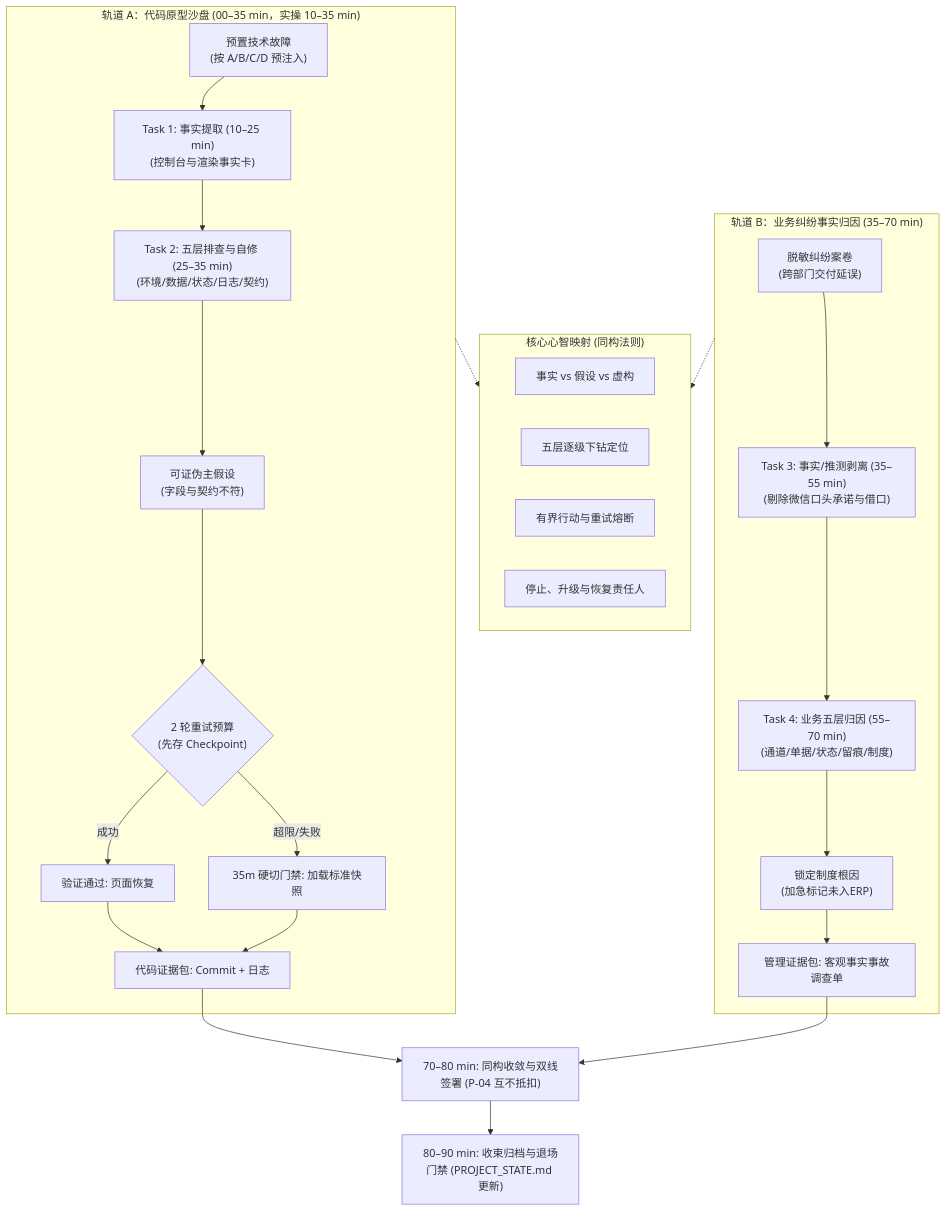
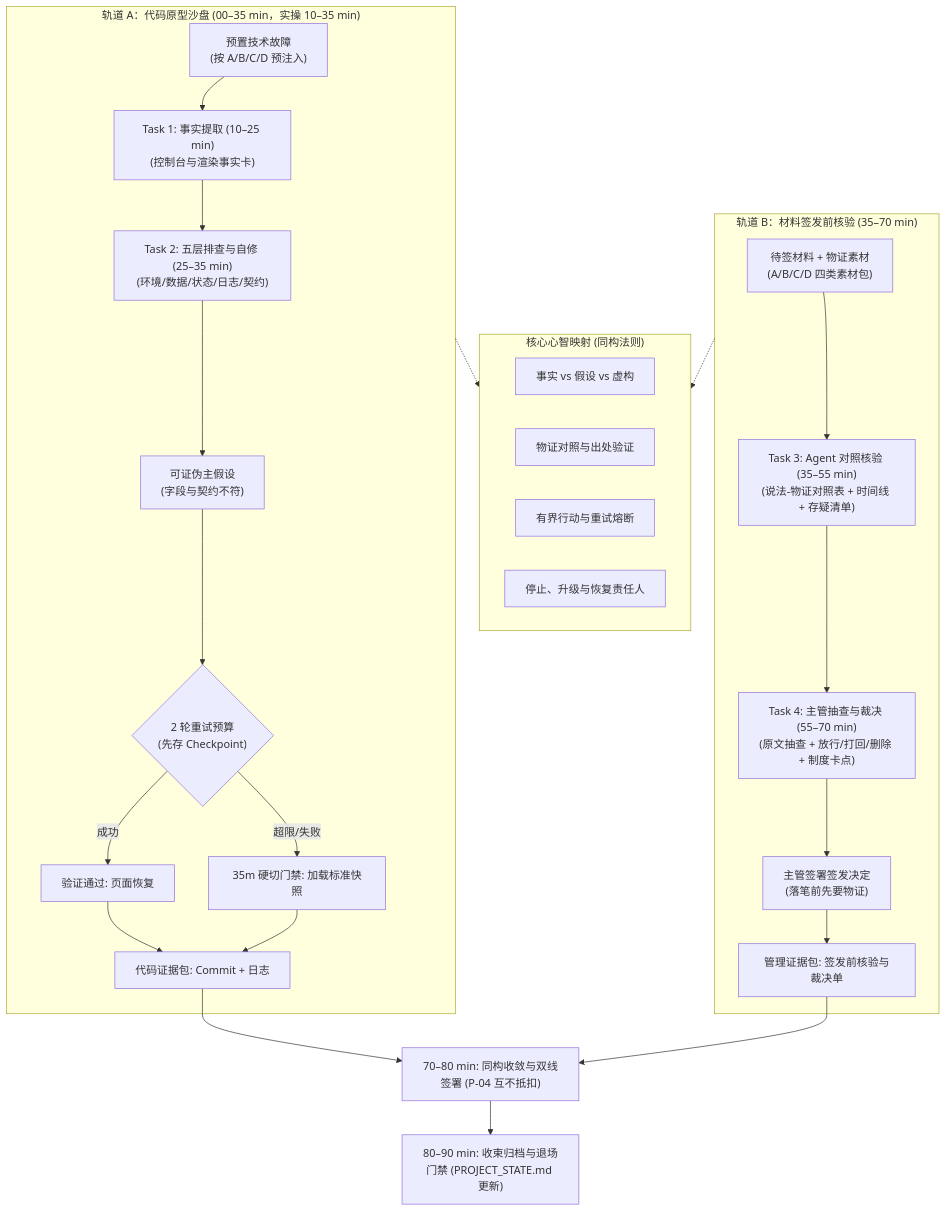
The diagram in lessons/LESSON_06_DESIGN_BRIEF.md (fishfuuu/ai-business-prototype-bootcamp), drawn with Mermaid before and after one commit. The commit also changed other lines of this file and 17 other files, not shown here.

````diff
--- a/lessons/LESSON_06_DESIGN_BRIEF.md
+++ b/lessons/LESSON_06_DESIGN_BRIEF.md
@@ -171,33 +174,33 @@
 ```mermaid
 flowchart TB
     subgraph TrackA["轨道 A：代码原型沙盘 (00–35 min，实操 10–35 min)"]
         A1["预置技术故障<br/>(按 A/B/C/D 预注入)"] --> A2["Task 1: 事实提取 (10–25 min)<br/>(控制台与渲染事实卡)"]
         A2 --> A3["Task 2: 五层排查与自修 (25–35 min)<br/>(环境/数据/状态/日志/契约)"]
         A3 --> A4["可证伪主假设<br/>(字段与契约不符)"]
         A4 --> A5{"2 轮重试预算<br/>(先存 Checkpoint)"}
         A5 -- "成功" --> A6["验证通过: 页面恢复"]
         A5 -- "超限/失败" --> A7["35m 硬切门禁: 加载标准快照"]
         A6 --> AE["代码证据包: Commit + 日志"]
         A7 --> AE
     end
 
     subgraph CoreLogic["核心心智映射 (同构法则)"]
         M1["事实 vs 假设 vs 虚构"]
-        M2["五层逐级下钻定位"]
+        M2["物证对照与出处验证"]
         M3["有界行动与重试熔断"]
         M4["停止、升级与恢复责任人"]
     end
 
-    subgraph TrackB["轨道 B：业务纠纷事实归因 (35–70 min)"]
-        B1["脱敏纠纷案卷<br/>(跨部门交付延误)"] --> B2["Task 3: 事实/推测剥离 (35–55 min)<br/>(剔除微信口头承诺与借口)"]
-        B2 --> B3["Task 4: 业务五层归因 (55–70 min)<br/>(通道/单据/状态/留痕/制度)"]
-        B3 --> B4["锁定制度根因<br/>(加急标记未入ERP)"]
-        B4 --> BE["管理证据包: 客观事实事故调查单"]
+    subgraph TrackB["轨道 B：材料签发前核验 (35–70 min)"]
+        B1["待签材料 + 物证素材<br/>(A/B/C/D 四类素材包)"] --> B2["Task 3: Agent 对照核验 (35–55 min)<br/>(说法-物证对照表 + 时间线 + 存疑清单)"]
+        B2 --> B3["Task 4: 主管抽查与裁决 (55–70 min)<br/>(原文抽查 + 放行/打回/删除 + 制度卡点)"]
+        B3 --> B4["主管签署签发决定<br/>(落笔前先要物证)"]
+        B4 --> BE["管理证据包: 签发前核验与裁决单"]
     end
 
     TrackA -.-> CoreLogic
     TrackB -.-> CoreLogic
     AE --> S["70–80 min: 同构收敛与双线签署 (P-04 互不抵扣)"]
     BE --> S
     S --> FIN["80–90 min: 收束归档与退场门禁 (PROJECT_STATE.md 更新)"]
 ```
````
